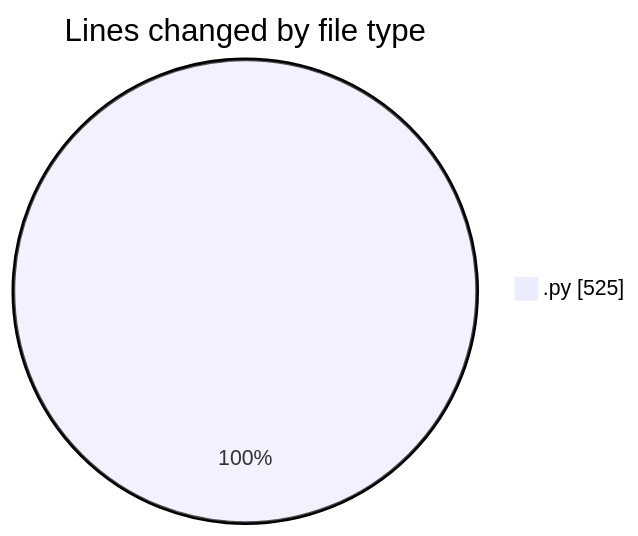
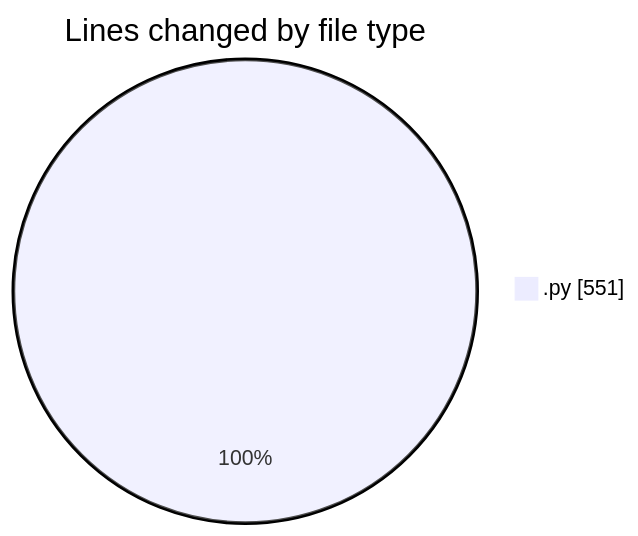
One commit to MatusMokan/code-tracking changed the first of 2 diagrams in 2025-12-22/kartogramy/README.md. Above: the diagram before and after it, drawn with Mermaid. The commit also changed other lines of this file and 1 other file, not shown here.

````diff
--- a/2025-12-22/kartogramy/README.md
+++ b/2025-12-22/kartogramy/README.md
@@ -20,5 +20,5 @@
 ```mermaid
 pie showData
 title Lines changed by file type
-".py" : 525
+".py" : 551
 ```
````
